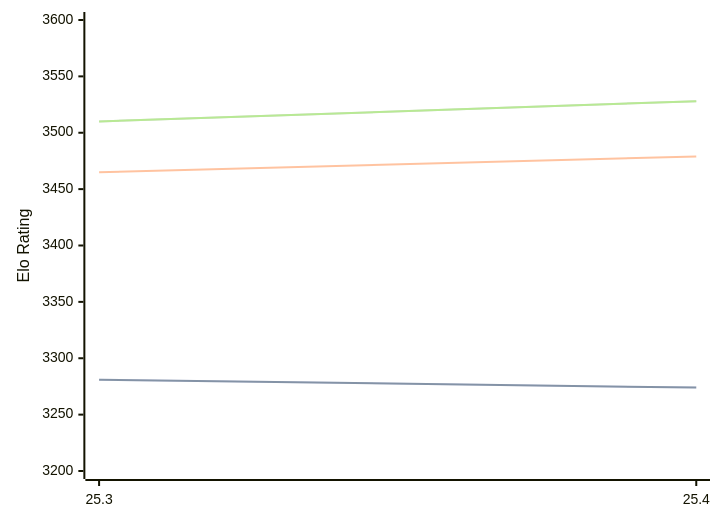
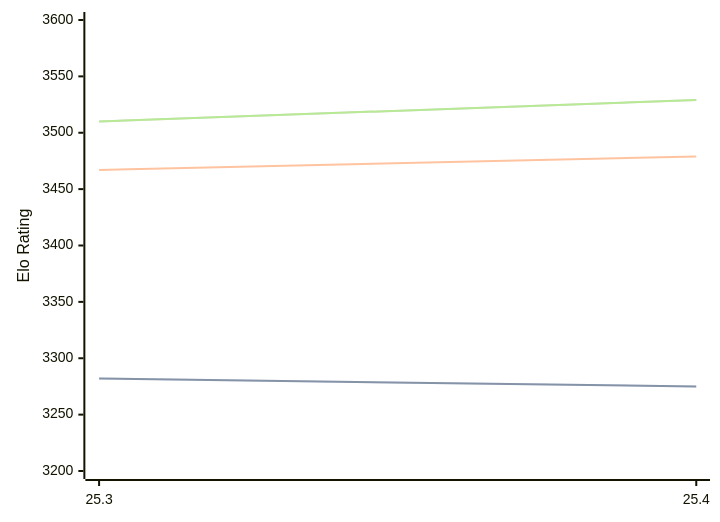
One commit to computer-chess-index/cci changed the diagram in engines/Arasan.md. Above: the diagram before and after it, drawn with Mermaid. The commit also changed other lines of this file, not shown here.

Commit message:
Update CCI Ratings (ELO VLTC) - 2026-04-22

````diff
--- a/engines/Arasan.md
+++ b/engines/Arasan.md
@@ -33,11 +33,11 @@
 ```mermaid
 %%{init: {"theme":"base","themeVariables":{"seriesColors:['#a3a3a3','#222221','#faa371']}}}%%
 xychart-beta
   x-axis ["25.3", "25.4"]
   y-axis "Elo Rating" 3200 --> 3600
-  line "STC (8.0+0.08s)" [3281, 3274]
-  line "STC (8.0+0.08s)" [3281, 3274]
-  line "LTC (60.0+0.60s)" [3465, 3479]
-  line "VLTC (2m24s+1.12s)" [3510, 3528]
-  line "VLTC (2m24s+1.12s)" [3510, 3528]
+  line "STC (8.0+0.08s)" [3282, 3275]
+  line "STC (8.0+0.08s)" [3282, 3275]
+  line "LTC (60.0+0.60s)" [3467, 3479]
+  line "VLTC (2m24s+1.12s)" [3510, 3529]
+  line "VLTC (2m24s+1.12s)" [3510, 3529]
 ```
````
